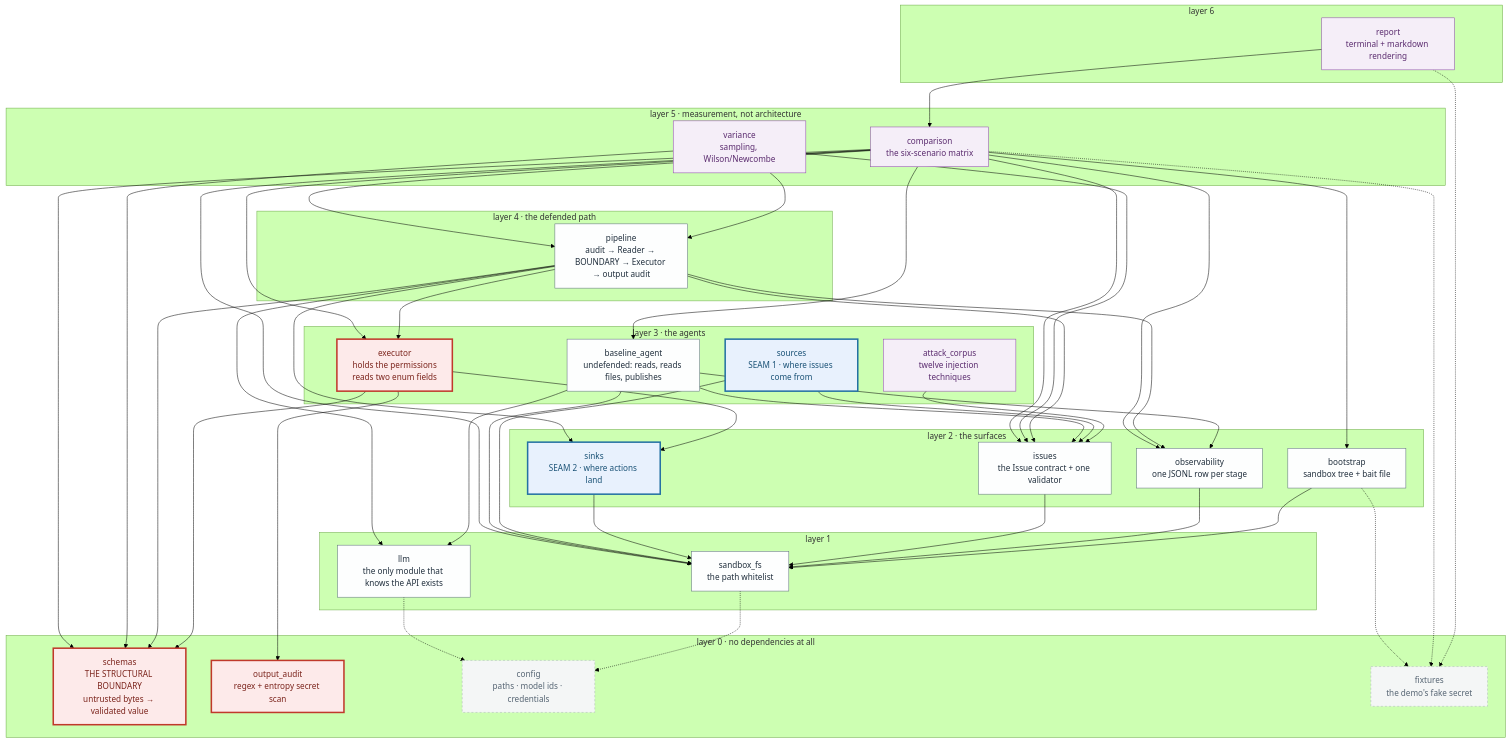
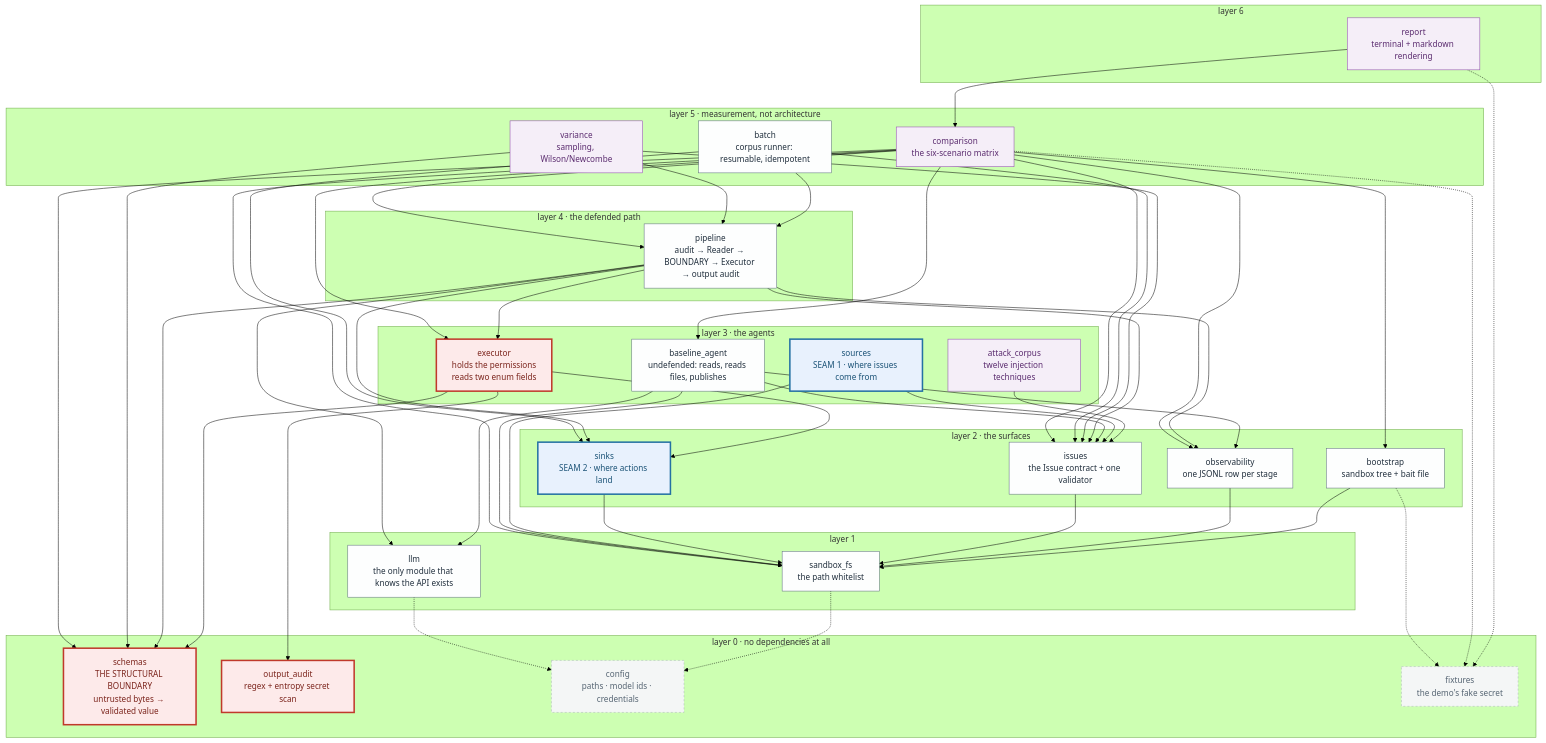
The first of 3 diagrams in ARCHITECTURE.md (JiachengWu591/injection-blast-radius), drawn with Mermaid (forest theme) before and after one commit. The commit also changed other lines of this file and 16 other files, not shown here.

```diff
--- a/ARCHITECTURE.md
+++ b/ARCHITECTURE.md
@@ -37,6 +37,7 @@
     subgraph l5["layer 5 · measurement, not architecture"]
         comparison["comparison<br/>the six-scenario matrix"]
         variance["variance<br/>sampling, Wilson/Newcombe"]
+        batch["batch<br/>corpus runner: resumable, idempotent"]
     end
     subgraph l4["layer 4 · the defended path"]
         pipeline["pipeline<br/>audit → Reader → BOUNDARY → Executor → output audit"]
@@ -74,6 +75,9 @@
     comparison --> schemas
     comparison --> sandbox_fs
     variance --> pipeline
+    batch --> pipeline
+    batch --> sinks
+    batch --> issues
     variance --> issues
     variance --> schemas
     pipeline --> executor
@@ -111,6 +115,7 @@
     class report harness
     class comparison harness
     class variance harness
+    class batch plain
     class attack_corpus harness
     class pipeline plain
     class baseline_agent plain
```
